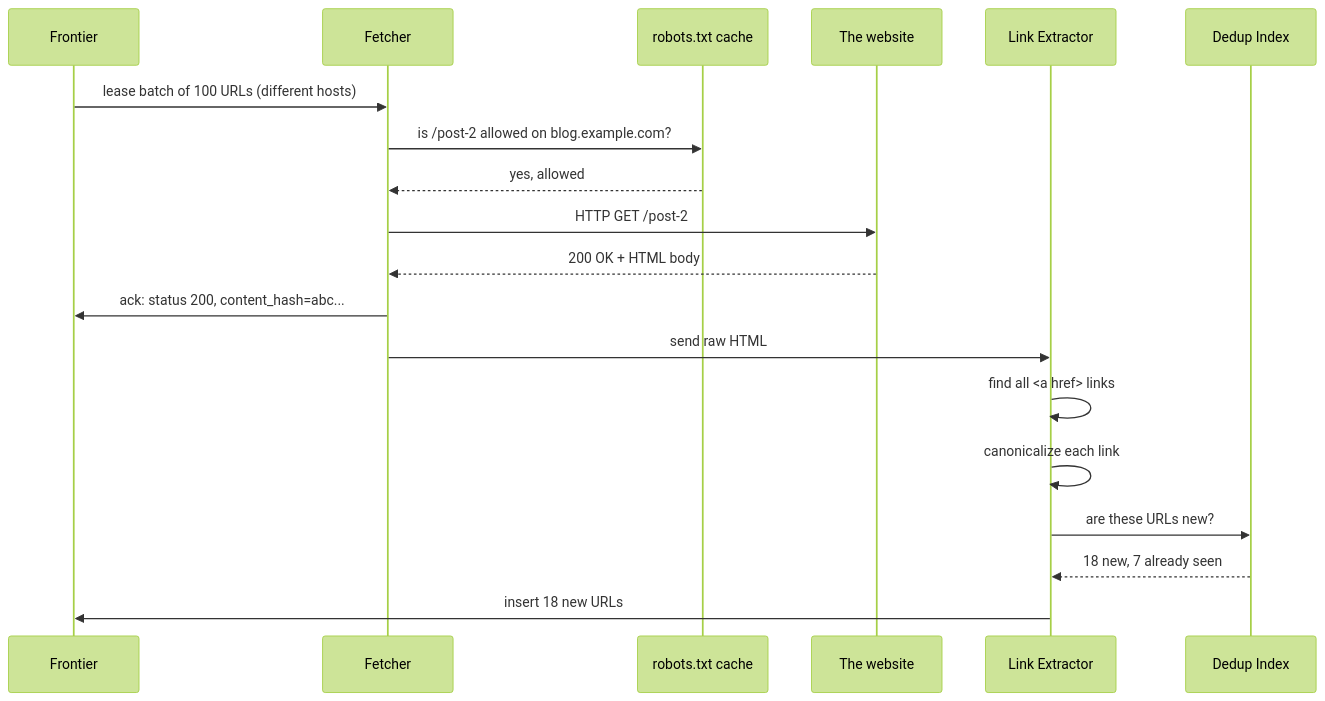
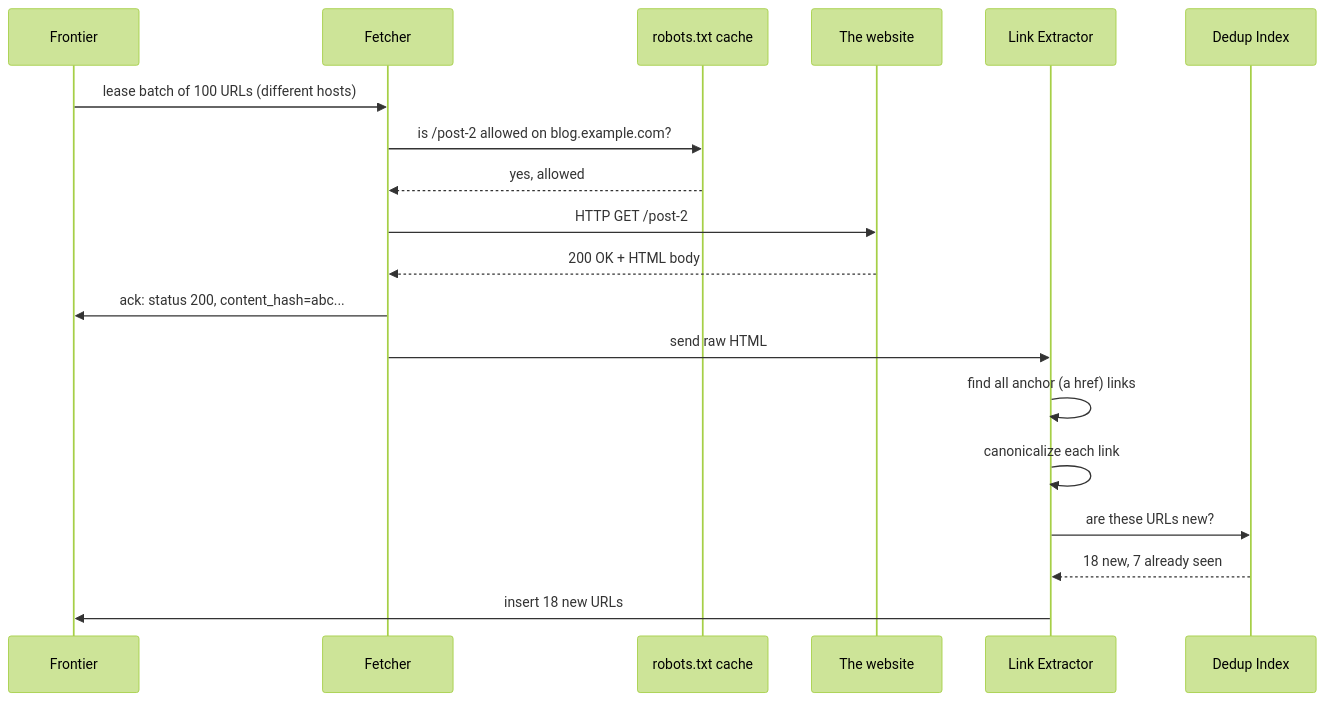
One commit to shiningflash/shiningflash.github.io changed the second of 2 diagrams in _practice/system-design/008-web-crawler.md. Above: the diagram before and after it, drawn with Mermaid (forest theme). The commit also changed 6 other files, not shown here.

````diff
--- a/_practice/system-design/008-web-crawler.md
+++ b/_practice/system-design/008-web-crawler.md
@@ -448,22 +448,22 @@
 ```mermaid
 sequenceDiagram
     participant Frontier
     participant Fetcher
     participant Robots as robots.txt cache
     participant Web as The website
     participant Parser as Link Extractor
     participant Dedup as Dedup Index
 
     Frontier->>Fetcher: lease batch of 100 URLs (different hosts)
     Fetcher->>Robots: is /post-2 allowed on blog.example.com?
     Robots-->>Fetcher: yes, allowed
     Fetcher->>Web: HTTP GET /post-2
     Web-->>Fetcher: 200 OK + HTML body
     Fetcher->>Frontier: ack: status 200, content_hash=abc...
     Fetcher->>Parser: send raw HTML
-    Parser->>Parser: find all <a href> links
+    Parser->>Parser: find all anchor (a href) links
     Parser->>Parser: canonicalize each link
     Parser->>Dedup: are these URLs new?
     Dedup-->>Parser: 18 new, 7 already seen
     Parser->>Frontier: insert 18 new URLs
 ```
````
